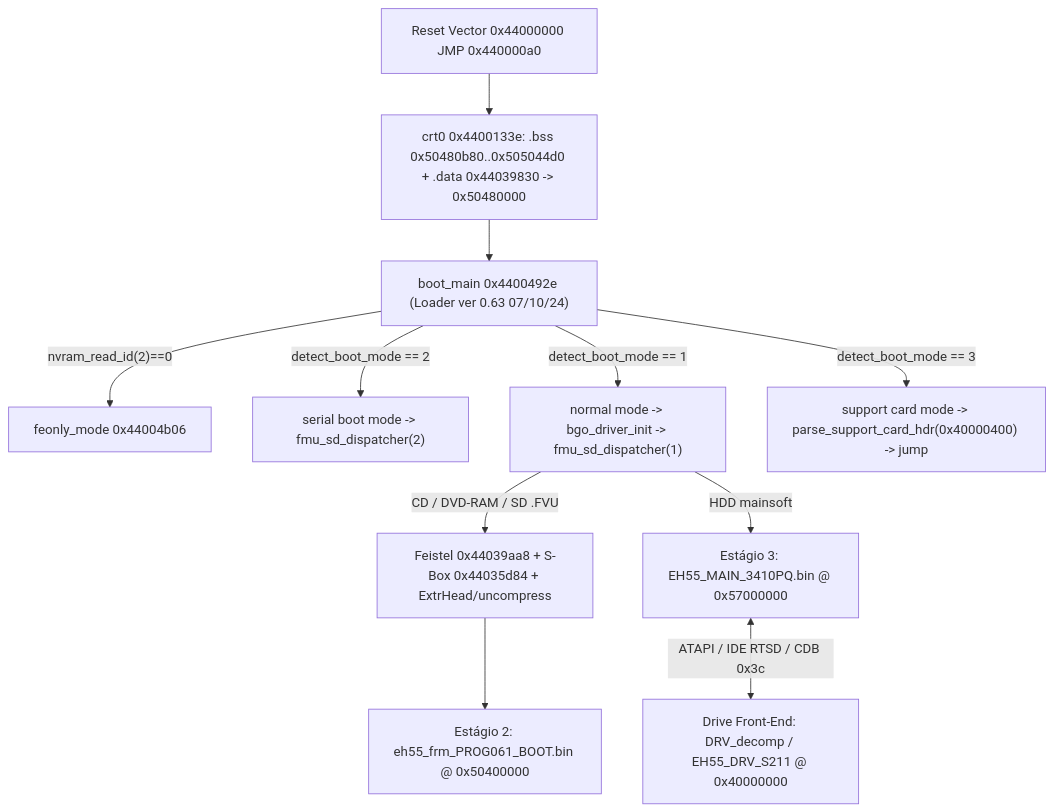
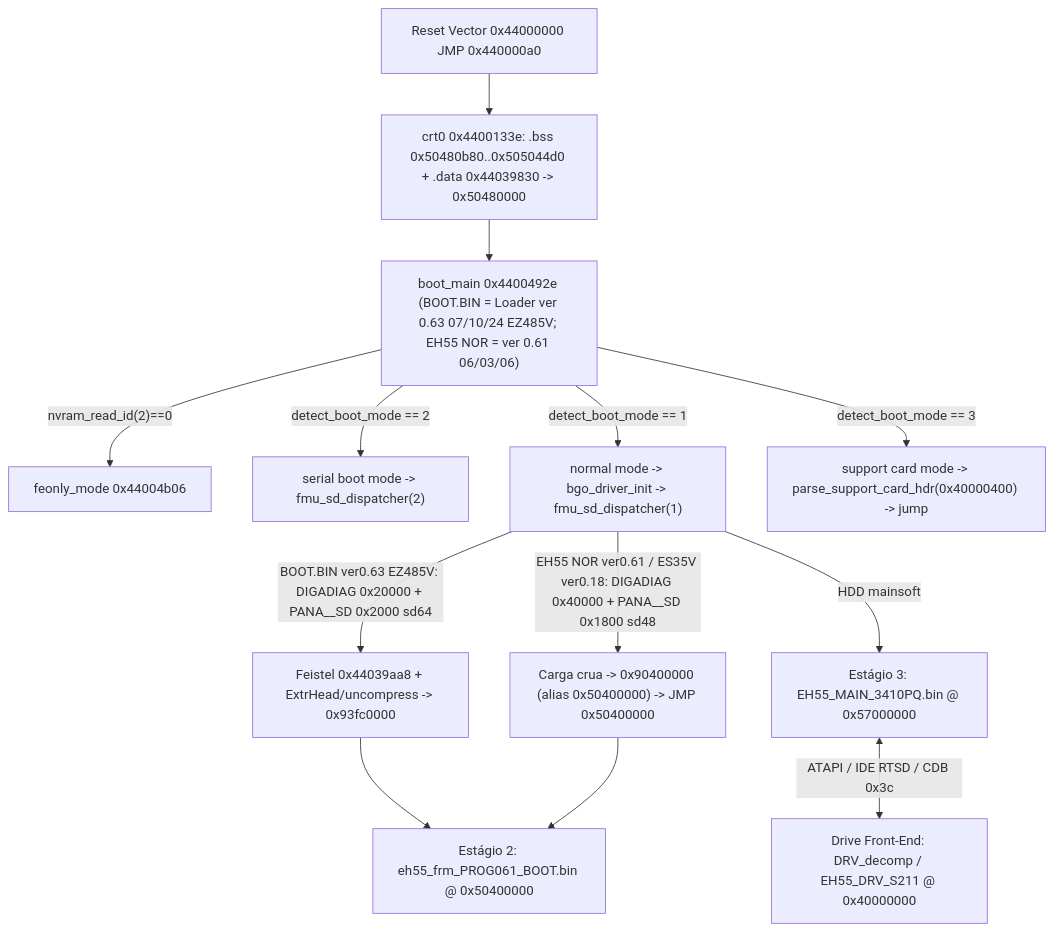
One commit to orgchrono/Panadiga changed the diagram in docs/pseudocode/INDICE_EVIDENCIA_PSEUDOCODIGO_GHIDRA.md. Above: the diagram before and after it, drawn with Mermaid. The commit also changed other lines of this file and 346 other files, not shown here.

````diff
--- a/docs/pseudocode/INDICE_EVIDENCIA_PSEUDOCODIGO_GHIDRA.md
+++ b/docs/pseudocode/INDICE_EVIDENCIA_PSEUDOCODIGO_GHIDRA.md
@@ -38,13 +42,15 @@
 ```mermaid
 flowchart TD
     VECT["Reset Vector 0x44000000 JMP 0x440000a0"] --> CRT0["crt0 0x4400133e: .bss 0x50480b80..0x505044d0 + .data 0x44039830 -> 0x50480000"]
-    CRT0 --> MAINB["boot_main 0x4400492e (Loader ver 0.63 07/10/24)"]
+    CRT0 --> MAINB["boot_main 0x4400492e (BOOT.BIN = Loader ver 0.63 07/10/24 EZ485V; EH55 NOR = ver 0.61 06/03/06)"]
     MAINB -->|"nvram_read_id(2)==0"| FEONLY["feonly_mode 0x44004b06"]
     MAINB -->|"detect_boot_mode == 2"| SDSER["serial boot mode -> fmu_sd_dispatcher(2)"]
     MAINB -->|"detect_boot_mode == 1"| NORM["normal mode -> bgo_driver_init -> fmu_sd_dispatcher(1)"]
     MAINB -->|"detect_boot_mode == 3"| SUPP["support card mode -> parse_support_card_hdr(0x40000400) -> jump"]
-    NORM -->|"CD / DVD-RAM / SD .FVU"| FEISTEL["Feistel 0x44039aa8 + S-Box 0x44035d84 + ExtrHead/uncompress"]
+    NORM -->|"BOOT.BIN ver0.63 EZ485V: DIGADIAG 0x20000 + PANA__SD 0x2000 sd64"| FEISTEL["Feistel 0x44039aa8 + ExtrHead/uncompress -> 0x93fc0000"]
+    NORM -->|"EH55 NOR ver0.61 / ES35V ver0.18: DIGADIAG 0x40000 + PANA__SD 0x1800 sd48"| RAWDIAG["Carga crua -> 0x90400000 (alias 0x50400000) -> JMP 0x50400000"]
     FEISTEL --> PROG["Estágio 2: eh55_frm_PROG061_BOOT.bin @ 0x50400000"]
+    RAWDIAG --> PROG
     NORM -->|"HDD mainsoft"| MAINOS["Estágio 3: EH55_MAIN_3410PQ.bin @ 0x57000000"]
     MAINOS <-->|"ATAPI / IDE RTSD / CDB 0x3c"| DRVS211["Drive Front-End: DRV_decomp / EH55_DRV_S211 @ 0x40000000"]
 ```
````
